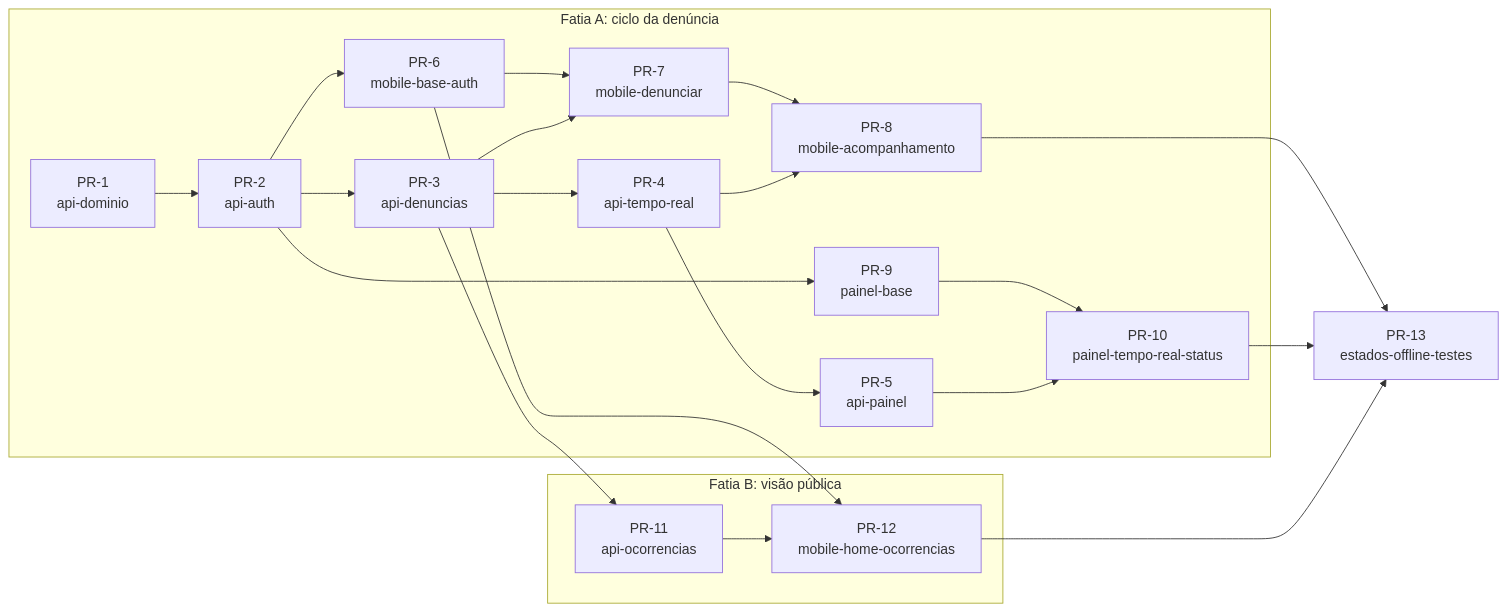
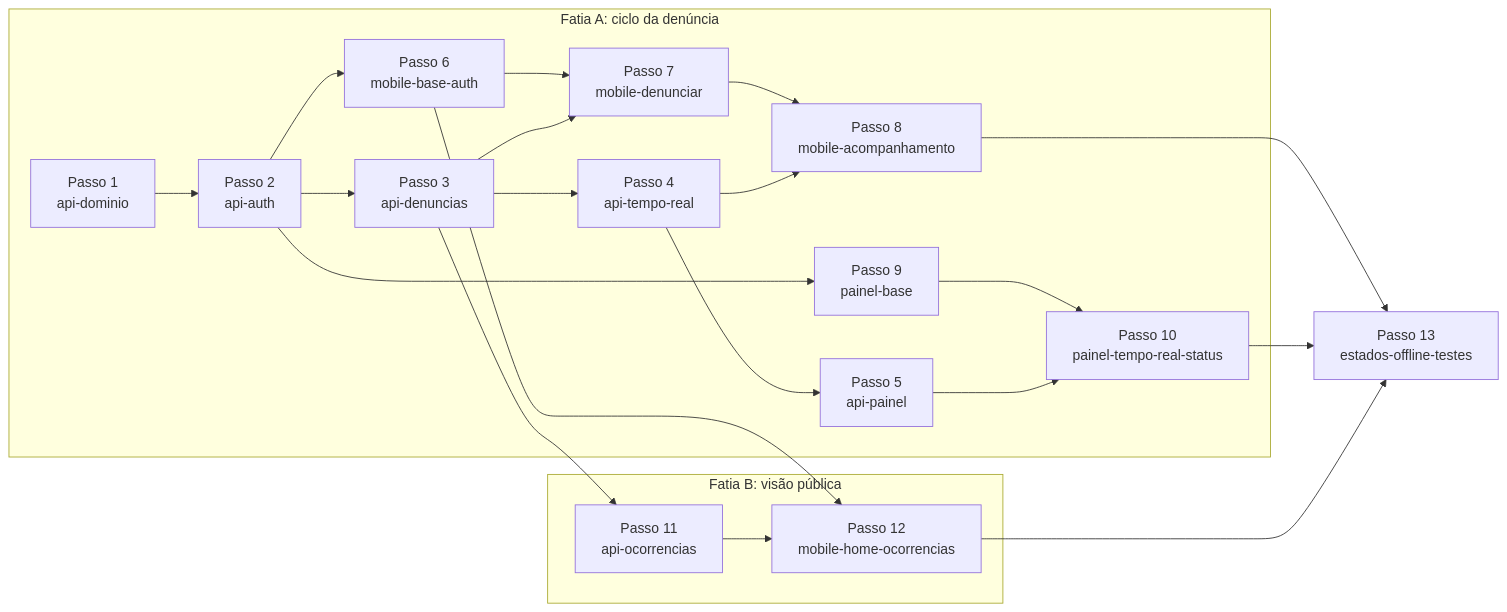
Before and after one commit to BrunoSSilva9/mobile-projeto-ta-ligado: the second of 2 diagrams in docs/16-plano-fase-1.md, drawn with Mermaid. The commit also changed other lines of this file and 3 other files, not shown here.

````diff
--- a/docs/16-plano-fase-1.md
+++ b/docs/16-plano-fase-1.md
@@ -71,19 +89,19 @@
 ```mermaid
 flowchart LR
   subgraph A["Fatia A: ciclo da denúncia"]
-    P1["PR-1<br/>api-dominio"] --> P2["PR-2<br/>api-auth"] --> P3["PR-3<br/>api-denuncias"] --> P4["PR-4<br/>api-tempo-real"] --> P5["PR-5<br/>api-painel"]
-    P2 --> P6["PR-6<br/>mobile-base-auth"] --> P7["PR-7<br/>mobile-denunciar"] --> P8["PR-8<br/>mobile-acompanhamento"]
-    P2 --> P9["PR-9<br/>painel-base"] --> P10["PR-10<br/>painel-tempo-real-status"]
+    P1["Passo 1<br/>api-dominio"] --> P2["Passo 2<br/>api-auth"] --> P3["Passo 3<br/>api-denuncias"] --> P4["Passo 4<br/>api-tempo-real"] --> P5["Passo 5<br/>api-painel"]
+    P2 --> P6["Passo 6<br/>mobile-base-auth"] --> P7["Passo 7<br/>mobile-denunciar"] --> P8["Passo 8<br/>mobile-acompanhamento"]
+    P2 --> P9["Passo 9<br/>painel-base"] --> P10["Passo 10<br/>painel-tempo-real-status"]
     P3 --> P7
     P4 --> P8
     P5 --> P10
   end
   subgraph B["Fatia B: visão pública"]
-    P11["PR-11<br/>api-ocorrencias"] --> P12["PR-12<br/>mobile-home-ocorrencias"]
+    P11["Passo 11<br/>api-ocorrencias"] --> P12["Passo 12<br/>mobile-home-ocorrencias"]
   end
-  P8 --> P13["PR-13<br/>estados-offline-testes"]
+  P8 --> P13["Passo 13<br/>estados-offline-testes"]
   P10 --> P13
   P12 --> P13
   P3 --> P11
   P6 --> P12
 ```
````
